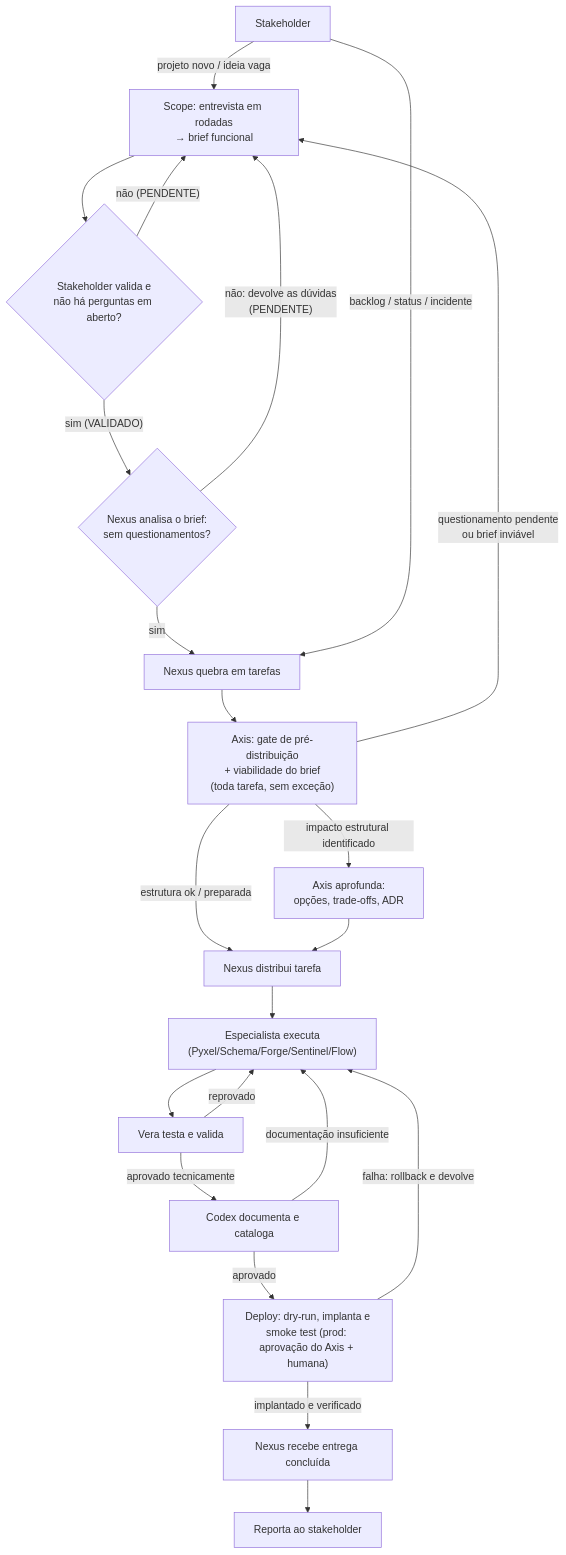
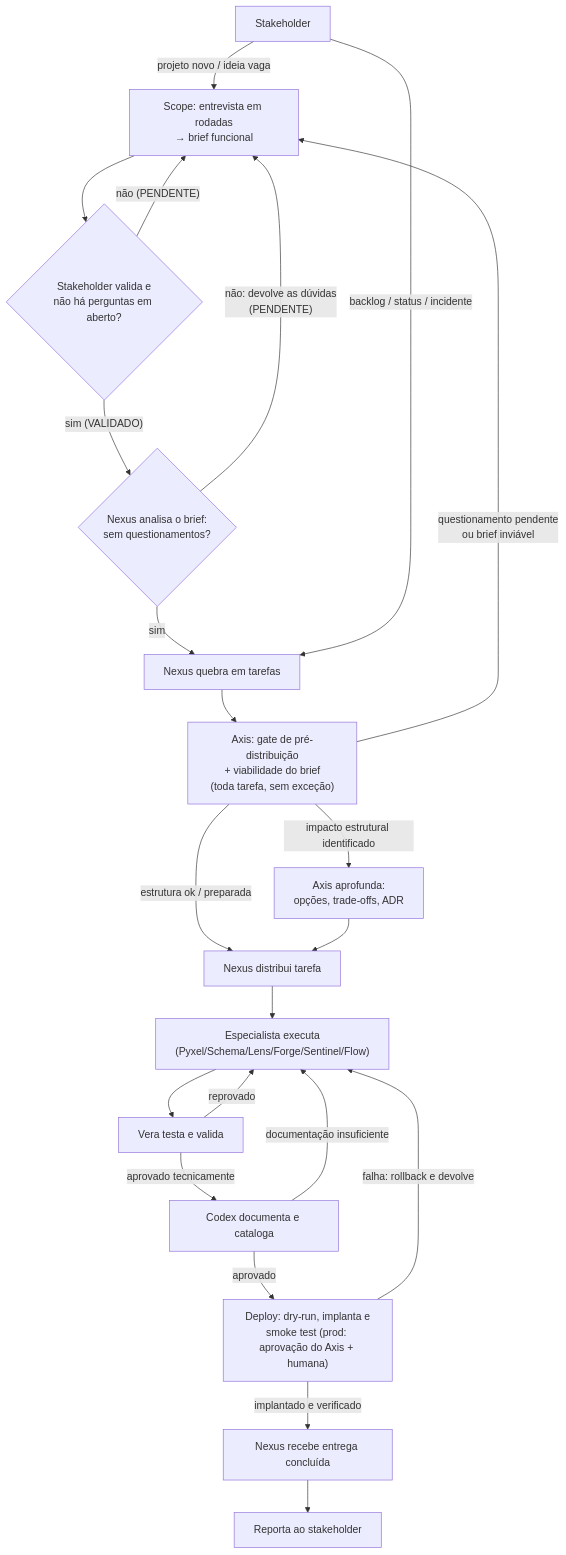
The diagram in ARCHITECTURE.md (devrafaelalvarenga/data-engineer-agent-team), drawn with Mermaid before and after one commit. The commit also changed other lines of this file and 14 other files, not shown here.

````diff
--- a/ARCHITECTURE.md
+++ b/ARCHITECTURE.md
@@ -67,24 +68,24 @@
 ```mermaid
 flowchart TD
     S["Stakeholder"] -->|"projeto novo / ideia vaga"| SC["Scope: entrevista em rodadas<br/>→ brief funcional"]
     SC --> VAL{"Stakeholder valida e<br/>não há perguntas em aberto?"}
     VAL -->|"não (PENDENTE)"| SC
     VAL -->|"sim (VALIDADO)"| NV{"Nexus analisa o brief:<br/>sem questionamentos?"}
     NV -->|"não: devolve as dúvidas<br/>(PENDENTE)"| SC
     NV -->|"sim"| N["Nexus quebra em tarefas"]
     S -->|"backlog / status / incidente"| N
     N --> AX["Axis: gate de pré-distribuição<br/>+ viabilidade do brief<br/>(toda tarefa, sem exceção)"]
     AX -->|"questionamento pendente<br/>ou brief inviável"| SC
     AX -->|"estrutura ok / preparada"| T["Nexus distribui tarefa"]
     AX -->|"impacto estrutural identificado"| ADR["Axis aprofunda:<br/>opções, trade-offs, ADR"]
     ADR --> T
-    T --> E["Especialista executa<br/>(Pyxel/Schema/Forge/Sentinel/Flow)"]
+    T --> E["Especialista executa<br/>(Pyxel/Schema/Lens/Forge/Sentinel/Flow)"]
     E --> V["Vera testa e valida"]
     V -->|reprovado| E
     V -->|aprovado tecnicamente| C["Codex documenta e cataloga"]
     C -->|documentação insuficiente| E
     C -->|aprovado| D["Deploy: dry-run, implanta e<br/>smoke test (prod: aprovação do Axis + humana)"]
     D -->|falha: rollback e devolve| E
     D -->|implantado e verificado| N2["Nexus recebe entrega concluída"]
     N2 --> S2["Reporta ao stakeholder"]
 ```
````
